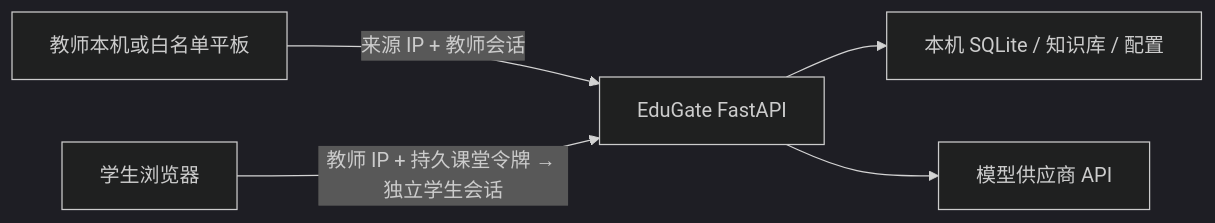
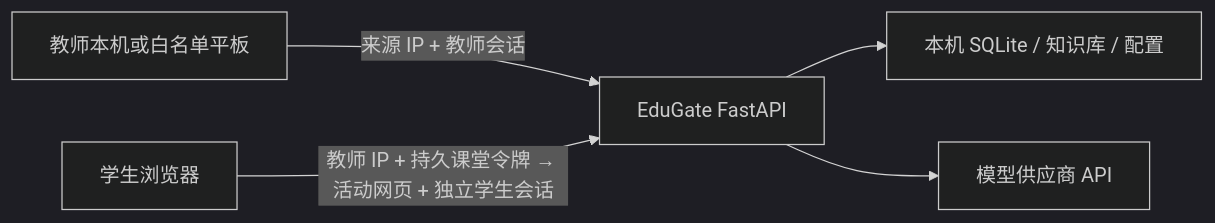
One commit to bd4rex/EduGate-standalone changed the diagram in docs/架构与安全边界.md. Above: the diagram before and after it, drawn with Mermaid (dark theme). The commit also changed other lines of this file and 34 other files, not shown here.

````diff
--- a/docs/架构与安全边界.md
+++ b/docs/架构与安全边界.md
@@ -7,7 +7,7 @@
 ```mermaid
 flowchart LR
     T["教师本机或白名单平板"] -->|"来源 IP + 教师会话"| A["EduGate FastAPI"]
-    S["学生浏览器"] -->|"教师 IP + 持久课堂令牌 → 独立学生会话"| A
+    S["学生浏览器"] -->|"教师 IP + 持久课堂令牌 → 活动网页 + 独立学生会话"| A
     A --> DB["本机 SQLite / 知识库 / 配置"]
     A --> M["模型供应商 API"]
 ```
````
